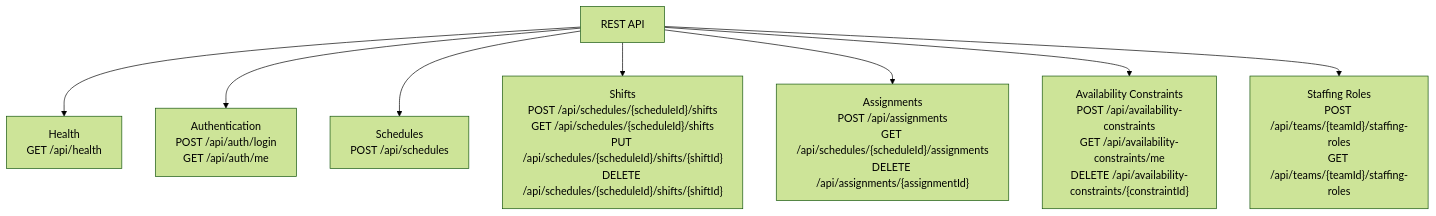
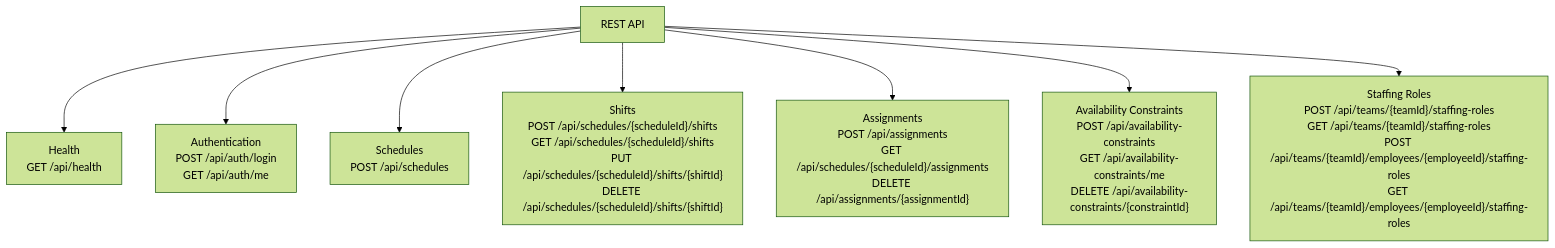
Before and after one commit to HiliMor/shift-management-system: the fifth of 9 diagrams in docs/current-backend-architecture.md, drawn with Mermaid (forest theme). The commit also changed other lines of this file and 9 other files, not shown here.

Commit message:
Add employee staffing role assignment API

````diff
--- a/docs/current-backend-architecture.md
+++ b/docs/current-backend-architecture.md
@@ -200,20 +200,20 @@
 ```mermaid
 flowchart TD
     api["REST API"]
 
     healthApi["Health<br/>GET /api/health"]
     authApi["Authentication<br/>POST /api/auth/login<br/>GET /api/auth/me"]
     schedulesApi["Schedules<br/>POST /api/schedules"]
     shiftsApi["Shifts<br/>POST /api/schedules/{scheduleId}/shifts<br/>GET /api/schedules/{scheduleId}/shifts<br/>PUT /api/schedules/{scheduleId}/shifts/{shiftId}<br/>DELETE /api/schedules/{scheduleId}/shifts/{shiftId}"]
     assignmentsApi["Assignments<br/>POST /api/assignments<br/>GET /api/schedules/{scheduleId}/assignments<br/>DELETE /api/assignments/{assignmentId}"]
     availabilityApi["Availability Constraints<br/>POST /api/availability-constraints<br/>GET /api/availability-constraints/me<br/>DELETE /api/availability-constraints/{constraintId}"]
-    staffingApi["Staffing Roles<br/>POST /api/teams/{teamId}/staffing-roles<br/>GET /api/teams/{teamId}/staffing-roles"]
+    staffingApi["Staffing Roles<br/>POST /api/teams/{teamId}/staffing-roles<br/>GET /api/teams/{teamId}/staffing-roles<br/>POST /api/teams/{teamId}/employees/{employeeId}/staffing-roles<br/>GET /api/teams/{teamId}/employees/{employeeId}/staffing-roles"]
 
     api --> healthApi
     api --> authApi
     api --> schedulesApi
     api --> shiftsApi
     api --> assignmentsApi
     api --> availabilityApi
     api --> staffingApi
 ```
````
